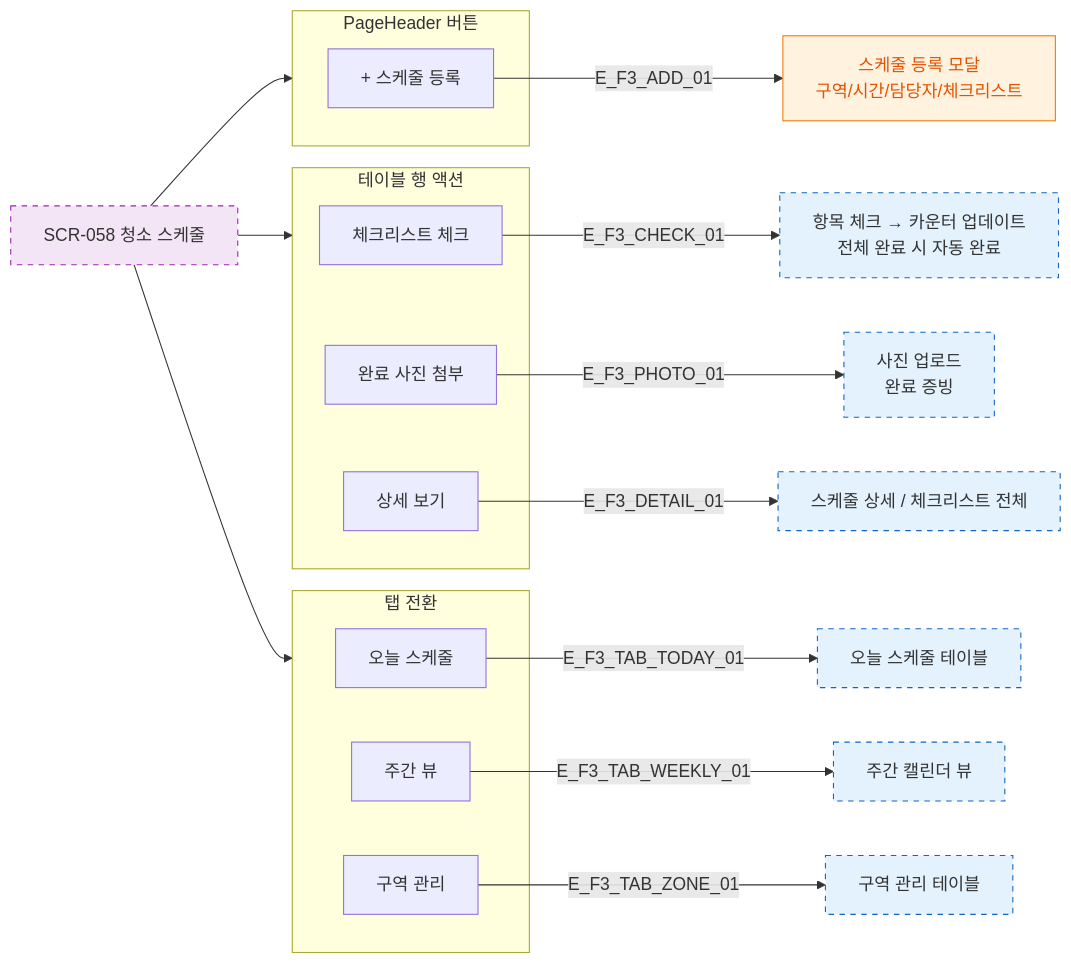
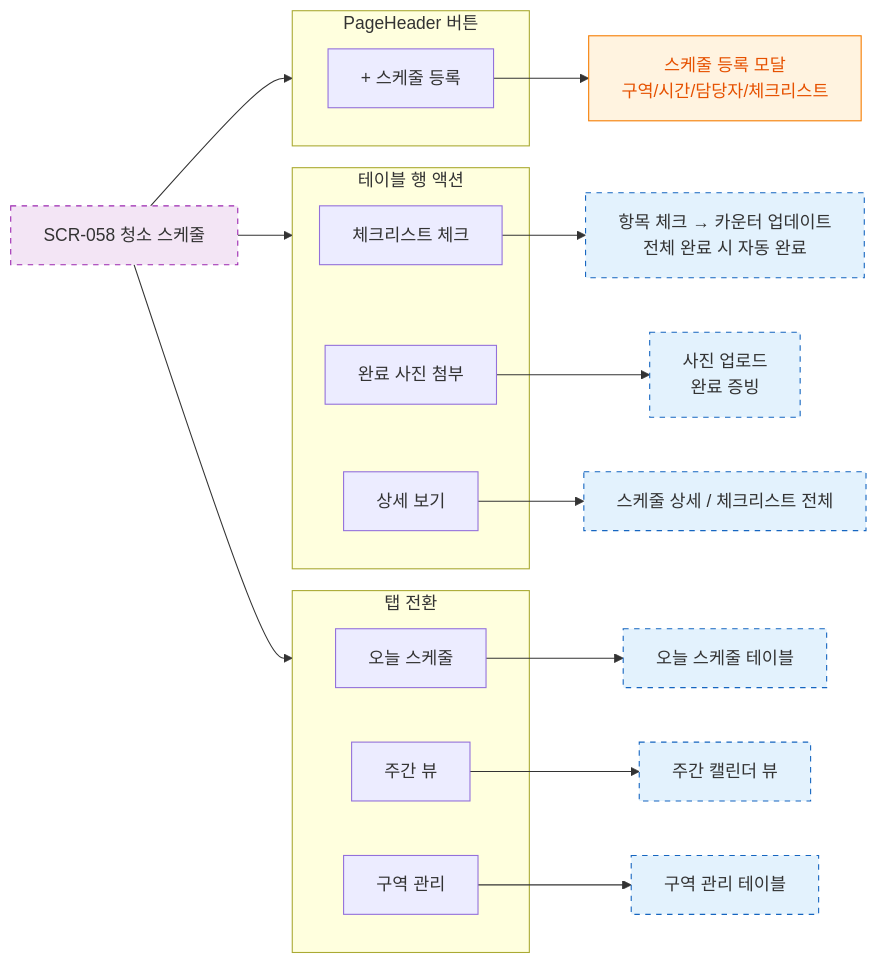
One commit to dev-spogym/admin-pando changed the diagram in docs/다이어그램/D06_시설관리/SCR-058_청소스케줄/F3_버튼액션.md. Above: the diagram before and after it, drawn with Mermaid. The commit also changed other lines of this file and 1660 other files, not shown here.

First line of the commit message:
다이어그램: 기획자/클라이언트 납품본으로 정리

````diff
--- a/docs/다이어그램/D06_시설관리/SCR-058_청소스케줄/F3_버튼액션.md
+++ b/docs/다이어그램/D06_시설관리/SCR-058_청소스케줄/F3_버튼액션.md
@@ -16,39 +14,39 @@
 ```mermaid
 flowchart LR
     SCR_058[SCR-058 청소 스케줄]
 
     subgraph HeaderBtns["PageHeader 버튼"]
         BTN_ADD[+ 스케줄 등록]
     end
 
     subgraph TableBtns["테이블 행 액션"]
         BTN_CHECK[체크리스트 체크]
         BTN_PHOTO[완료 사진 첨부]
         BTN_DETAIL[상세 보기]
     end
 
     subgraph TabBtns["탭 전환"]
         TAB_TODAY[오늘 스케줄]
         TAB_WEEKLY[주간 뷰]
         TAB_ZONE[구역 관리]
     end
 
     SCR_058 --> HeaderBtns
     SCR_058 --> TableBtns
     SCR_058 --> TabBtns
 
-    BTN_ADD -->|E_F3_ADD_01| AddModal[스케줄 등록 모달\n구역/시간/담당자/체크리스트]
-    BTN_CHECK -->|E_F3_CHECK_01| CheckFlow[항목 체크 → 카운터 업데이트\n전체 완료 시 자동 완료]
-    BTN_PHOTO -->|E_F3_PHOTO_01| PhotoUpload[사진 업로드\n완료 증빙]
-    BTN_DETAIL -->|E_F3_DETAIL_01| DetailView[스케줄 상세 / 체크리스트 전체]
-    TAB_TODAY -->|E_F3_TAB_TODAY_01| TodayView[오늘 스케줄 테이블]
-    TAB_WEEKLY -->|E_F3_TAB_WEEKLY_01| WeeklyView[주간 캘린더 뷰]
-    TAB_ZONE -->|E_F3_TAB_ZONE_01| ZoneView[구역 관리 테이블]
+    BTN_ADD --> AddModal[스케줄 등록 모달\n구역/시간/담당자/체크리스트]
+    BTN_CHECK --> CheckFlow[항목 체크 → 카운터 업데이트\n전체 완료 시 자동 완료]
+    BTN_PHOTO --> PhotoUpload[사진 업로드\n완료 증빙]
+    BTN_DETAIL --> DetailView[스케줄 상세 / 체크리스트 전체]
+    TAB_TODAY --> TodayView[오늘 스케줄 테이블]
+    TAB_WEEKLY --> WeeklyView[주간 캘린더 뷰]
+    TAB_ZONE --> ZoneView[구역 관리 테이블]
 
     classDef newFeature fill:#F3E5F5,stroke:#9C27B0,stroke-dasharray:5 5
     classDef modal fill:#FFF3E0,stroke:#F57C00,color:#E65100
     classDef screen fill:#E3F2FD,stroke:#1565C0,stroke-dasharray:5 5
     class SCR_058 newFeature
     class AddModal modal
     class CheckFlow,PhotoUpload,DetailView,TodayView,WeeklyView,ZoneView screen
 ```
````
